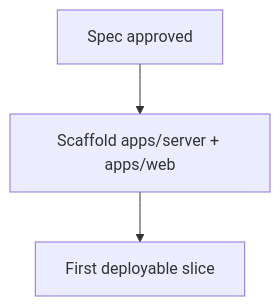
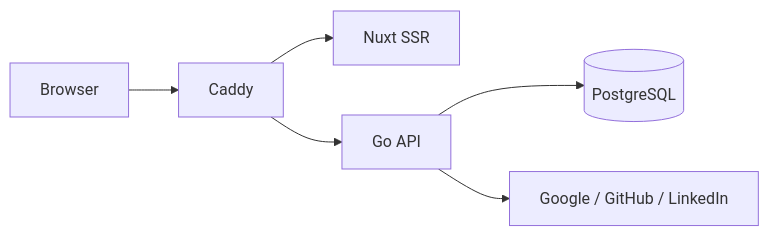
One commit to dannyota/aboutme changed the diagram in docs/architecture.md. Above: the diagram before and after it, drawn with Mermaid. The commit also changed other lines of this file and 16 other files, not shown here.

````diff
--- a/docs/architecture.md
+++ b/docs/architecture.md
@@ -10,5 +28,8 @@
 ```mermaid
-graph TD
-    S[Spec approved] --> P[Scaffold apps/server + apps/web]
-    P --> D[First deployable slice]
+graph LR
+    B[Browser] --> C[Caddy]
+    C --> N[Nuxt SSR]
+    C --> G[Go API]
+    G --> P[(PostgreSQL)]
+    G --> O[Google / GitHub / LinkedIn]
 ```
````
